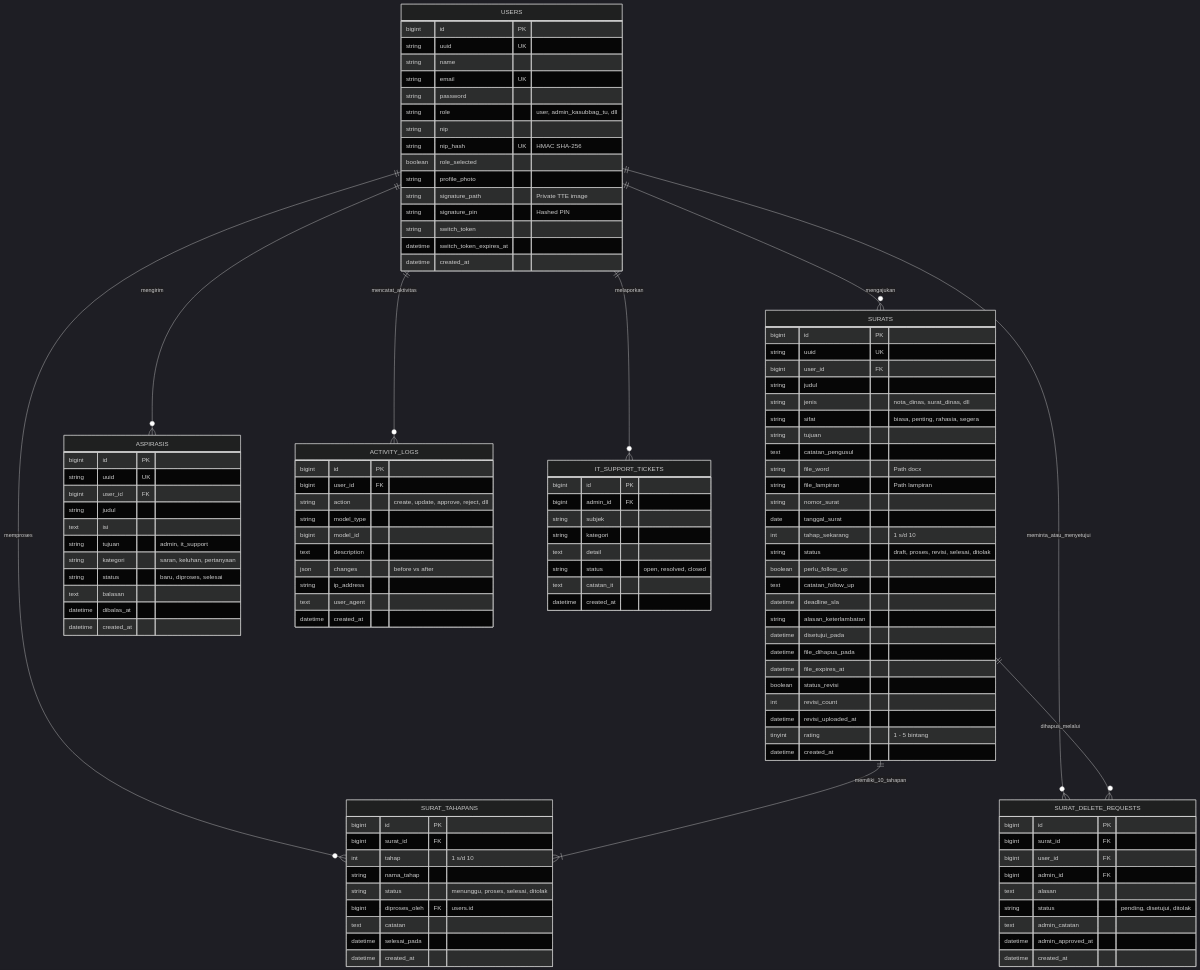
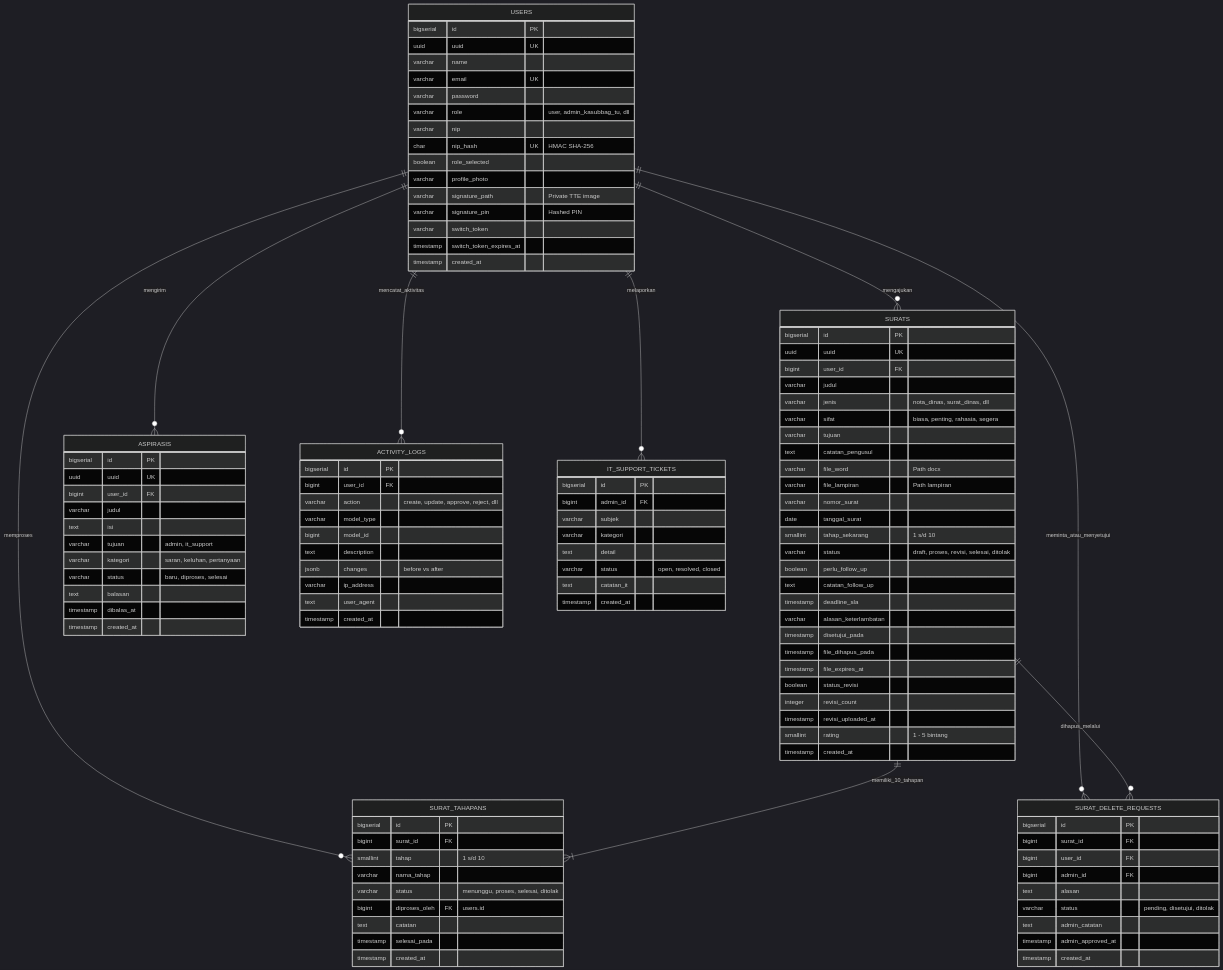
Before and after one commit to Ye-Shaiyoe/Dashboard_Balai_Pengelolaan_SUML: the diagram in docs/04-basis-data-dan-skema.md, drawn with Mermaid (dark theme). The commit also changed other lines of this file and 3 other files, not shown here.

Commit message:
docs: tambahkan dokumentasi lengkap arsitektur, alur persuratan, skema erd, dan panduan deployment

````diff
--- a/docs/04-basis-data-dan-skema.md
+++ b/docs/04-basis-data-dan-skema.md
@@ -20,111 +20,111 @@
     SURATS ||--o{ SURAT_DELETE_REQUESTS : "dihapus_melalui"
 
     USERS {
-        bigint id PK
-        string uuid UK
-        string name
-        string email UK
-        string password
-        string role "user, admin_kasubbag_tu, dll"
-        string nip
-        string nip_hash UK "HMAC SHA-256"
+        bigserial id PK
+        uuid uuid UK
+        varchar name
+        varchar email UK
+        varchar password
+        varchar role "user, admin_kasubbag_tu, dll"
+        varchar nip
+        char nip_hash UK "HMAC SHA-256"
         boolean role_selected
-        string profile_photo
-        string signature_path "Private TTE image"
-        string signature_pin "Hashed PIN"
-        string switch_token
-        datetime switch_token_expires_at
-        datetime created_at
+        varchar profile_photo
+        varchar signature_path "Private TTE image"
+        varchar signature_pin "Hashed PIN"
+        varchar switch_token
+        timestamp switch_token_expires_at
+        timestamp created_at
     }
 
     SURATS {
-        bigint id PK
-        string uuid UK
+        bigserial id PK
+        uuid uuid UK
         bigint user_id FK
-        string judul
-        string jenis "nota_dinas, surat_dinas, dll"
-        string sifat "biasa, penting, rahasia, segera"
-        string tujuan
+        varchar judul
+        varchar jenis "nota_dinas, surat_dinas, dll"
+        varchar sifat "biasa, penting, rahasia, segera"
+        varchar tujuan
         text catatan_pengusul
-        string file_word "Path docx"
-        string file_lampiran "Path lampiran"
-        string nomor_surat
+        varchar file_word "Path docx"
+        varchar file_lampiran "Path lampiran"
+        varchar nomor_surat
         date tanggal_surat
-        int tahap_sekarang "1 s/d 10"
-        string status "draft, proses, revisi, selesai, ditolak"
+        smallint tahap_sekarang "1 s/d 10"
+        varchar status "draft, proses, revisi, selesai, ditolak"
         boolean perlu_follow_up
         text catatan_follow_up
-        datetime deadline_sla
-        string alasan_keterlambatan
-        datetime disetujui_pada
-        datetime file_dihapus_pada
-        datetime file_expires_at
+        timestamp deadline_sla
+        varchar alasan_keterlambatan
+        timestamp disetujui_pada
+        timestamp file_dihapus_pada
+        timestamp file_expires_at
         boolean status_revisi
-        int revisi_count
-        datetime revisi_uploaded_at
-        tinyint rating "1 - 5 bintang"
-        datetime created_at
+        integer revisi_count
+        timestamp revisi_uploaded_at
+        smallint rating "1 - 5 bintang"
+        timestamp created_at
     }
 
     SURAT_TAHAPANS {
-        bigint id PK
+        bigserial id PK
         bigint surat_id FK
-        int tahap "1 s/d 10"
-        string nama_tahap
-        string status "menunggu, proses, selesai, ditolak"
+        smallint tahap "1 s/d 10"
+        varchar nama_tahap
+        varchar status "menunggu, proses, selesai, ditolak"
         bigint diproses_oleh FK "users.id"
         text catatan
-        datetime selesai_pada
-        datetime created_at
+        timestamp selesai_pada
+        timestamp created_at
     }
 
     SURAT_DELETE_REQUESTS {
-        bigint id PK
+        bigserial id PK
         bigint surat_id FK
         bigint user_id FK
         bigint admin_id FK
         text alasan
-        string status "pending, disetujui, ditolak"
+        varchar status "pending, disetujui, ditolak"
         text admin_catatan
-        datetime admin_approved_at
-        datetime created_at
+        timestamp admin_approved_at
+        timestamp created_at
     }
 
     ASPIRASIS {
-        bigint id PK
-        string uuid UK
+        bigserial id PK
+        uuid uuid UK
         bigint user_id FK
-        string judul
+        varchar judul
         text isi
-        string tujuan "admin, it_support"
-        string kategori "saran, keluhan, pertanyaan"
-        string status "baru, diproses, selesai"
+        varchar tujuan "admin, it_support"
+        varchar kategori "saran, keluhan, pertanyaan"
+        varchar status "baru, diproses, selesai"
         text balasan
-        datetime dibalas_at
-        datetime created_at
+        timestamp dibalas_at
+        timestamp created_at
     }
 
     IT_SUPPORT_TICKETS {
-        bigint id PK
+        bigserial id PK
         bigint admin_id FK
-        string subjek
-        string kategori
+        varchar subjek
+        varchar kategori
         text detail
-        string status "open, resolved, closed"
+        varchar status "open, resolved, closed"
         text catatan_it
-        datetime created_at
+        timestamp created_at
     }
 
     ACTIVITY_LOGS {
-        bigint id PK
+        bigserial id PK
         bigint user_id FK
-        string action "create, update, approve, reject, dll"
-        string model_type
+        varchar action "create, update, approve, reject, dll"
+        varchar model_type
         bigint model_id
         text description
-        json changes "before vs after"
-        string ip_address
+        jsonb changes "before vs after"
+        varchar ip_address
         text user_agent
-        datetime created_at
+        timestamp created_at
     }
 ```
````
